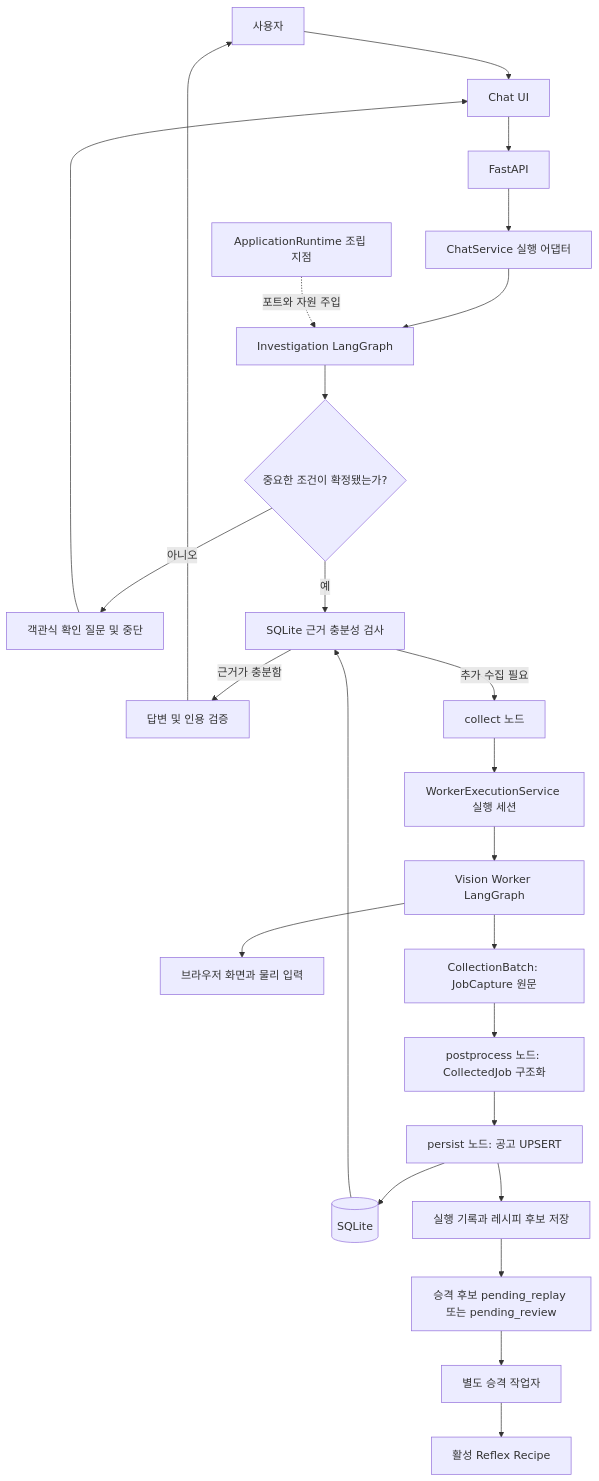
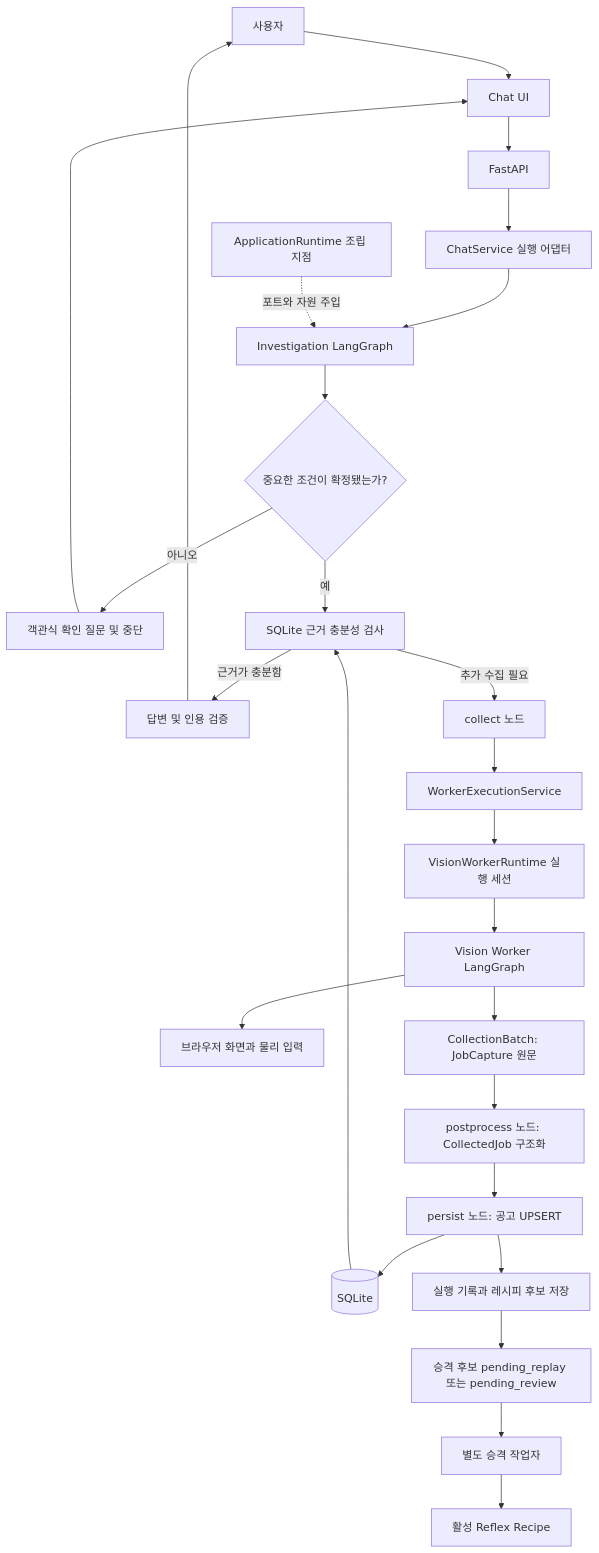
The first of 2 diagrams in ARCHITECTURE.md (Dreamtreeme/L2C), drawn with Mermaid before and after one commit. The commit also changed other lines of this file and 6 other files, not shown here.

````diff
--- a/ARCHITECTURE.md
+++ b/ARCHITECTURE.md
@@ -7,27 +7,28 @@
 ```mermaid
 flowchart TD
     U[사용자] --> UI[Chat UI]
     UI --> API[FastAPI]
     API --> CS[ChatService 실행 어댑터]
     CS --> PLAN[Investigation LangGraph]
     RT[ApplicationRuntime 조립 지점] -. 포트와 자원 주입 .-> PLAN
     PLAN --> CLARIFY{중요한 조건이 확정됐는가?}
     CLARIFY -->|아니오| INPUT[객관식 확인 질문 및 중단]
     INPUT --> UI
     CLARIFY -->|예| DBQ[SQLite 근거 충분성 검사]
     DBQ -->|근거가 충분함| ANSWER[답변 및 인용 검증]
     DBQ -->|추가 수집 필요| COLLECTION[collect 노드]
-    COLLECTION --> LOCK[WorkerExecutionService 실행 세션]
+    COLLECTION --> SERVICE[WorkerExecutionService]
+    SERVICE --> LOCK[VisionWorkerRuntime 실행 세션]
     LOCK --> WG[Vision Worker LangGraph]
     WG --> WEB[브라우저 화면과 물리 입력]
     WG --> BATCH[CollectionBatch: JobCapture 원문]
     BATCH --> POSTPROCESS[postprocess 노드: CollectedJob 구조화]
     POSTPROCESS --> STORE[persist 노드: 공고 UPSERT]
     STORE --> DB
     DB[(SQLite)] --> DBQ
     STORE --> EXPERIENCE[실행 기록과 레시피 후보 저장]
     EXPERIENCE --> CANDIDATE[승격 후보 pending_replay 또는 pending_review]
     CANDIDATE --> PROMOTION[별도 승격 작업자]
     PROMOTION --> RECIPE[활성 Reflex Recipe]
     ANSWER --> U
 ```
````
